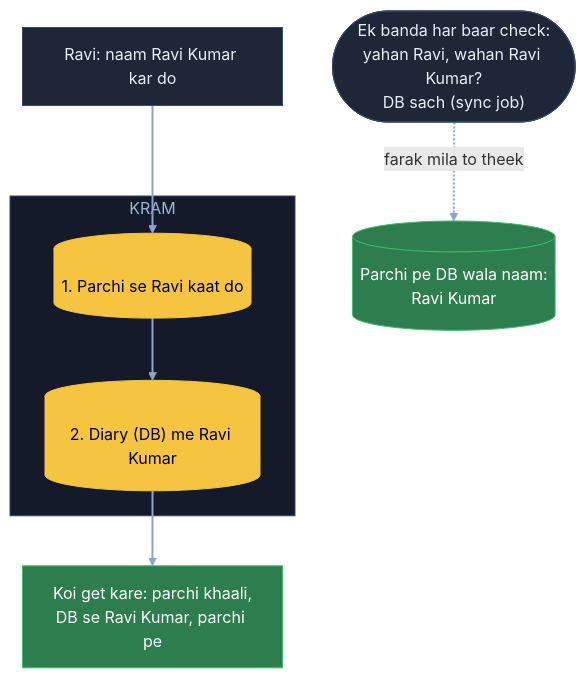
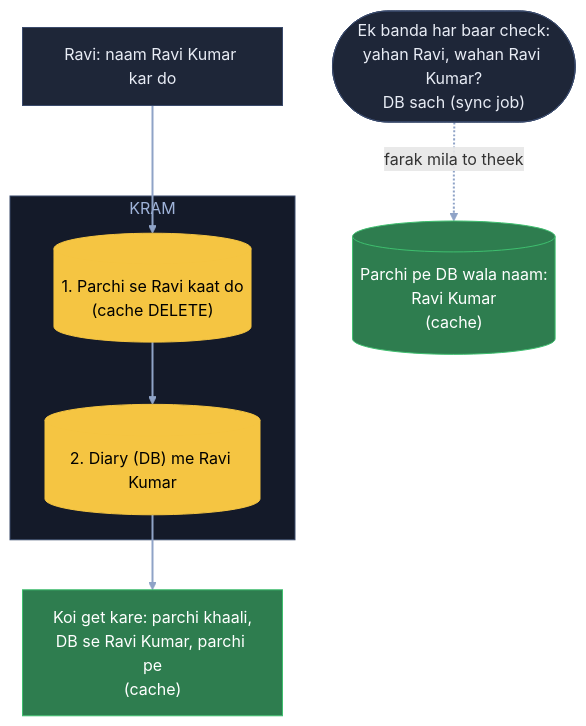
Before and after one commit to ArpanMaheshwari144/Prep: the fourth of 7 diagrams in 04_HLD/SYSTEM_DESIGNS/10_distributed_cache/10_distributed_cache.md, drawn with Mermaid. The commit also changed other lines of this file and 22 other files, not shown here.

Commit message:
Diagram: sirf kahani ke dohraaye shabd pe bracket, us jagah notes wala matlab (207 label)

````diff
--- a/04_HLD/SYSTEM_DESIGNS/10_distributed_cache/10_distributed_cache.md
+++ b/04_HLD/SYSTEM_DESIGNS/10_distributed_cache/10_distributed_cache.md
@@ -223,21 +223,21 @@
 ```mermaid
 flowchart TB
     R["Ravi: naam Ravi Kumar kar do"]:::card
     subgraph KR["KRAM"]
-        C[("1. Parchi se Ravi kaat do")]:::pill
+        C[("1. Parchi se Ravi kaat do<br/>(cache DELETE)")]:::pill
         D[("2. Diary (DB) me Ravi Kumar")]:::pill
     end
-    G["Koi get kare: parchi khaali,<br/>DB se Ravi Kumar, parchi pe"]:::good
+    G["Koi get kare: parchi khaali,<br/>DB se Ravi Kumar, parchi pe<br/>(cache)"]:::good
     J(["Ek banda har baar check:<br/>yahan Ravi, wahan Ravi Kumar?<br/>DB sach (sync job)"]):::card
-    F[("Parchi pe DB wala naam:<br/>Ravi Kumar")]:::good
+    F[("Parchi pe DB wala naam:<br/>Ravi Kumar<br/>(cache)")]:::good
     R --> C
     C --> D
     D --> G
     J -. "farak mila to theek" .-> F
     linkStyle default stroke:#8fa3c7,stroke-width:2px
     classDef card fill:#1e2638,stroke:#3a4a6b,color:#e8ecf5
     classDef pill fill:#f5c542,stroke:#f5c542,color:#000
     classDef good fill:#2e7d4f,stroke:#3fbf6f,color:#fff
     classDef bad fill:#5c1f24,stroke:#e05561,color:#fff
     style KR fill:#141a29,stroke:#3a4a6b,color:#9fb3d9
 ```
````
